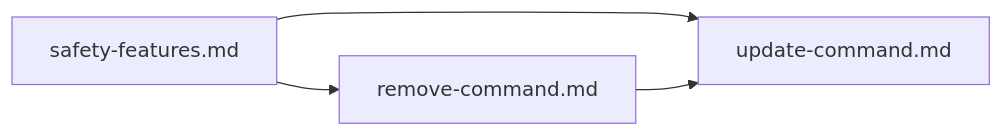
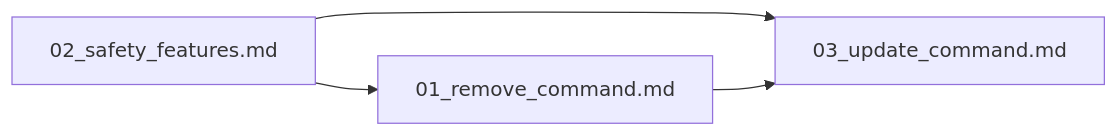
Before and after one commit to AI-Driven-Highspeed-Development/adhd_framework_v3: the diagram in .agent_plan/day_dream/module-lifecycle/p01_core_commands/_overview.md, drawn with Mermaid. The commit also changed other lines of this file and 66 other files, not shown here.

````diff
--- a/.agent_plan/day_dream/module-lifecycle/p01_core_commands/_overview.md
+++ b/.agent_plan/day_dream/module-lifecycle/p01_core_commands/_overview.md
@@ -21,6 +21,6 @@
 ```mermaid
 flowchart LR
-    SAFETY[safety-features.md] --> RM[remove-command.md]
-    SAFETY --> UP[update-command.md]
+    SAFETY[02_safety_features.md] --> RM[01_remove_command.md]
+    SAFETY --> UP[03_update_command.md]
     RM --> UP
 ```
````
